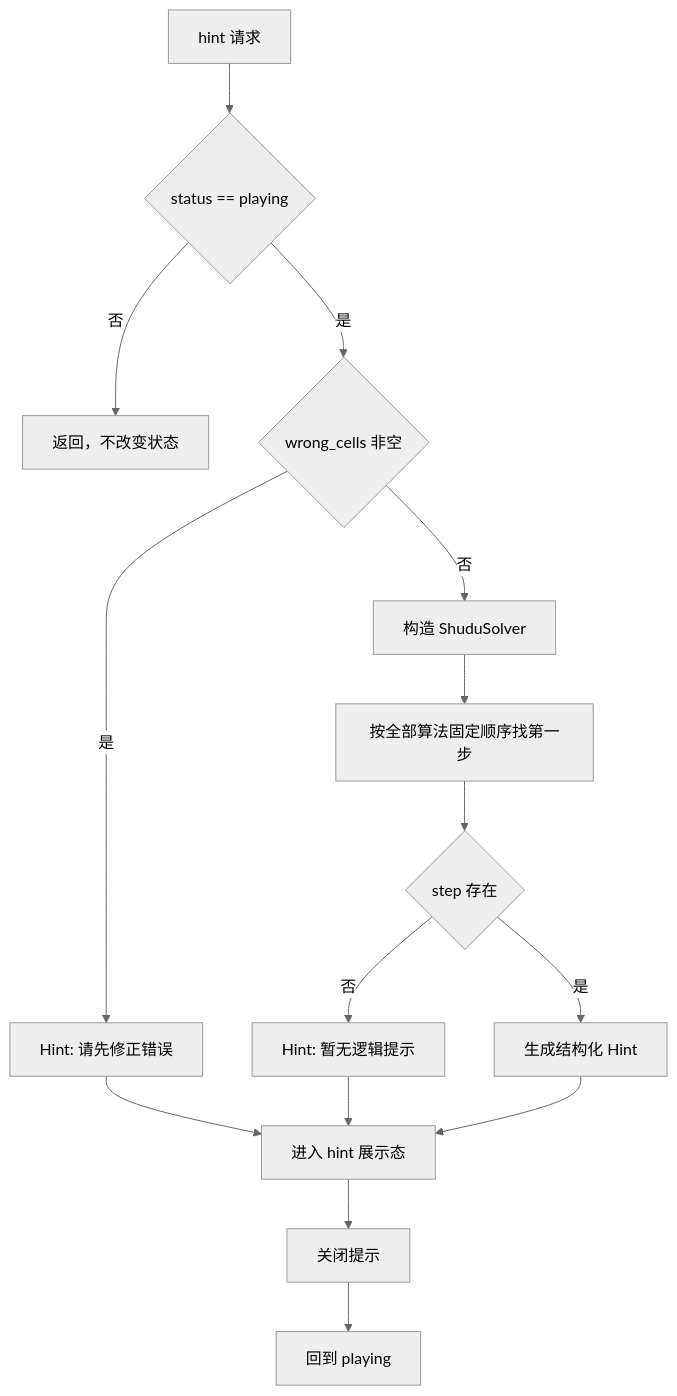
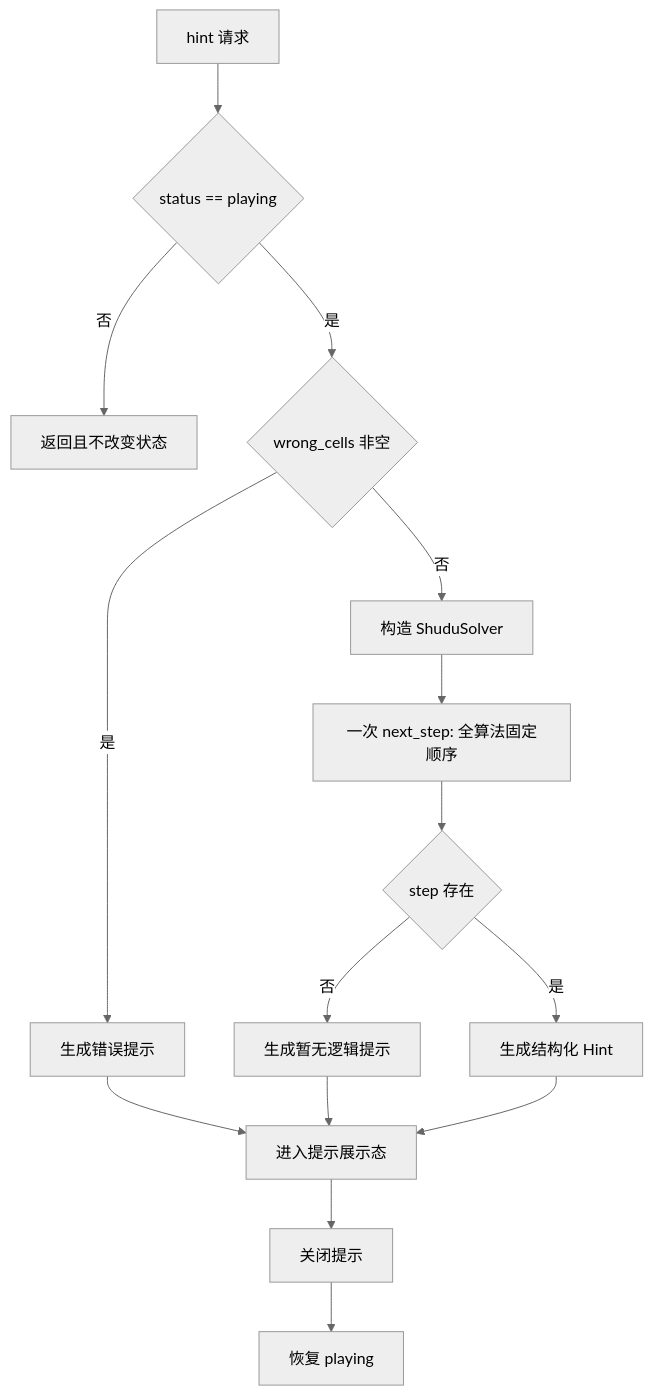
The third of 3 diagrams in docs/01_sprint记录/sprint01/00-联合方案决策/2026-10-05/联合方案决策草案.md (jaried/shudu), drawn with Mermaid (neutral theme) before and after one commit. The commit also changed other lines of this file, not shown here.

````diff
--- a/docs/01_sprint记录/sprint01/00-联合方案决策/2026-10-05/联合方案决策草案.md
+++ b/docs/01_sprint记录/sprint01/00-联合方案决策/2026-10-05/联合方案决策草案.md
@@ -342,17 +251,17 @@
 ```mermaid
 flowchart TD
     A[hint 请求] --> B{status == playing}
-    B -- 否 --> X[返回，不改变状态]
+    B -- 否 --> X[返回且不改变状态]
     B -- 是 --> C{wrong_cells 非空}
-    C -- 是 --> D[Hint: 请先修正错误]
+    C -- 是 --> D[生成错误提示]
     C -- 否 --> E[构造 ShuduSolver]
-    E --> F[按全部算法固定顺序找第一步]
+    E --> F[一次 next_step: 全算法固定顺序]
     F --> G{step 存在}
-    G -- 否 --> H[Hint: 暂无逻辑提示]
+    G -- 否 --> H[生成暂无逻辑提示]
     G -- 是 --> I[生成结构化 Hint]
-    D --> J[进入 hint 展示态]
+    D --> J[进入提示展示态]
     H --> J
     I --> J
     J --> K[关闭提示]
-    K --> L[回到 playing]
+    K --> L[恢复 playing]
 ```
````
